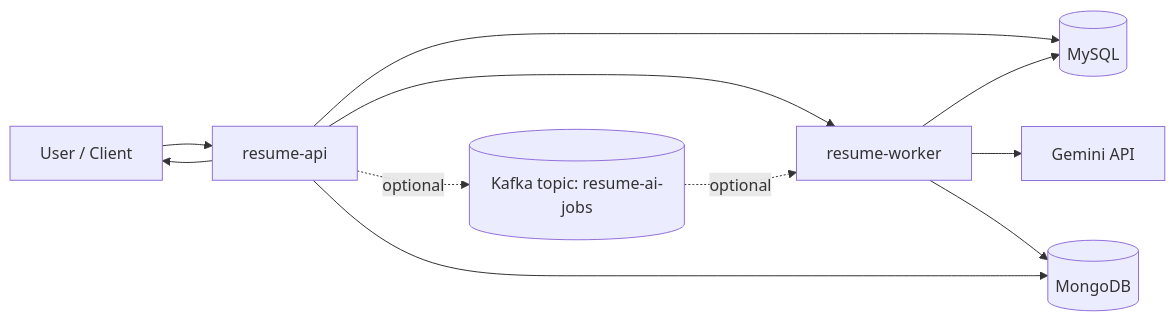
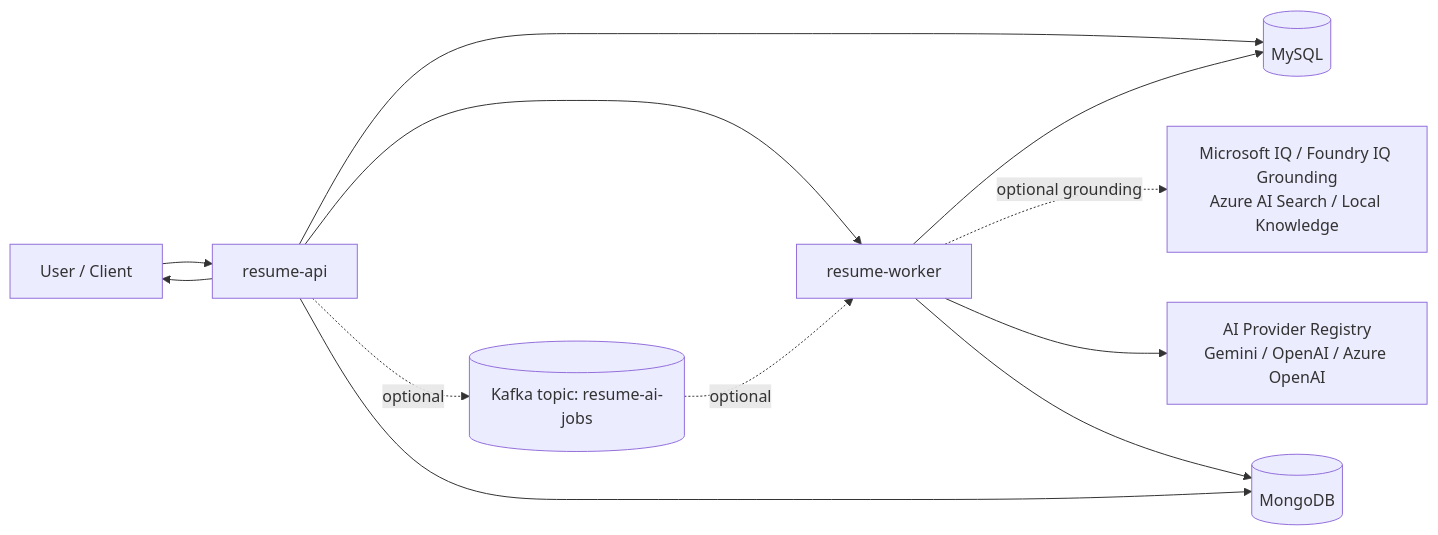
One commit to helenapedro/resume-feedback-platform changed the first of 3 diagrams in docs/project-documentation/architecture.md. Above: the diagram before and after it, drawn with Mermaid. The commit also changed other lines of this file and 65 other files, not shown here.

````diff
--- a/docs/project-documentation/architecture.md
+++ b/docs/project-documentation/architecture.md
@@ -30,13 +34,14 @@
 ```mermaid
 flowchart LR
   U[User / Client] --> API[resume-api]
   API --> MYSQL[(MySQL)]
   API --> WORKER[resume-worker]
   API -. optional .-> KAFKA[(Kafka topic: resume-ai-jobs)]
   KAFKA -. optional .-> WORKER
-  WORKER --> GEMINI[Gemini API]
+  WORKER -. optional grounding .-> FOUNDRYIQ[Microsoft IQ / Foundry IQ Grounding<br/>Azure AI Search / Local Knowledge]
+  WORKER --> PROVIDER[AI Provider Registry<br/>Gemini / OpenAI / Azure OpenAI]
   WORKER --> MONGO[(MongoDB)]
   WORKER --> MYSQL
   API --> MONGO
   API --> U
 ```
````
